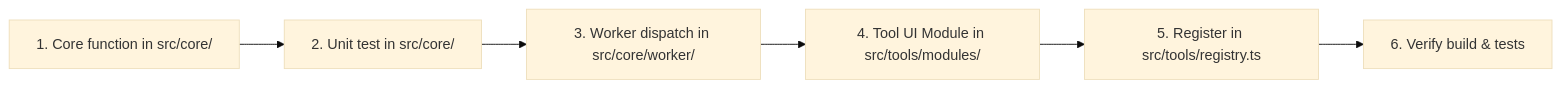
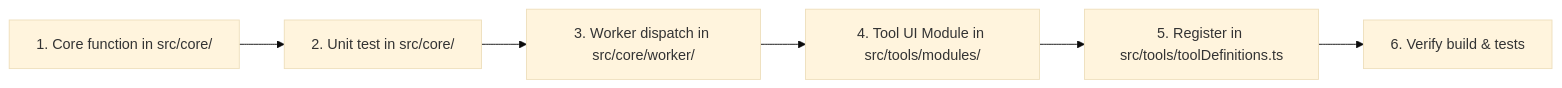
Before and after one commit to intabtools/intabpdf: the diagram in docs/adding-a-tool.md, drawn with Mermaid (base theme). The commit also changed other lines of this file and 32 other files, not shown here.

Commit message:
docs: update project architecture and setup guidance

````diff
--- a/docs/adding-a-tool.md
+++ b/docs/adding-a-tool.md
@@ -9,8 +9,8 @@
 ```mermaid
 flowchart LR
     A["1. Core function in src/core/"] --> B["2. Unit test in src/core/"]
     B --> C["3. Worker dispatch in src/core/worker/"]
     C --> D["4. Tool UI Module in src/tools/modules/"]
-    D --> E["5. Register in src/tools/registry.ts"]
+    D --> E["5. Register in src/tools/toolDefinitions.ts"]
     E --> F["6. Verify build & tests"]
 ```
````
